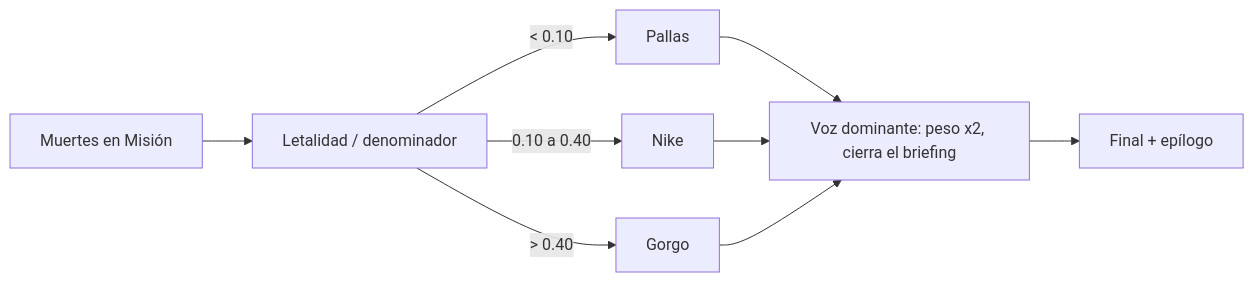
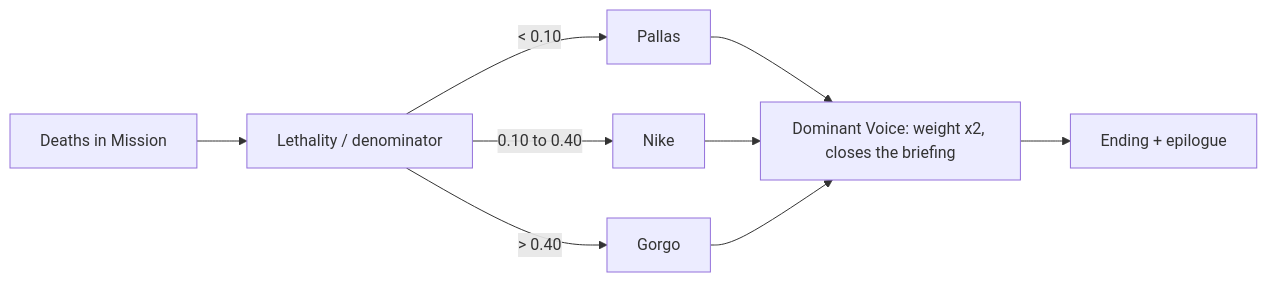
One commit to CamiloParraS/codename-DORO changed the third of 3 diagrams in docs/writeup.md. Above: the diagram before and after it, drawn with Mermaid. The commit also changed other lines of this file, not shown here.

````diff
--- a/docs/writeup.md
+++ b/docs/writeup.md
@@ -90,9 +90,9 @@
 ```mermaid
 flowchart LR
-  M[Muertes en Misión] --> L[Letalidad / denominador]
+  M[Deaths in Mission] --> L[Lethality / denominator]
   L -->|< 0.10| P[Pallas]
-  L -->|0.10 a 0.40| N[Nike]
+  L -->|0.10 to 0.40| N[Nike]
   L -->|> 0.40| G[Gorgo]
-  P & N & G --> D[Voz dominante: peso x2, cierra el briefing]
-  D --> F[Final + epílogo]
+  P & N & G --> D[Dominant Voice: weight x2, closes the briefing]
+  D --> F[Ending + epilogue]
 ```
````
